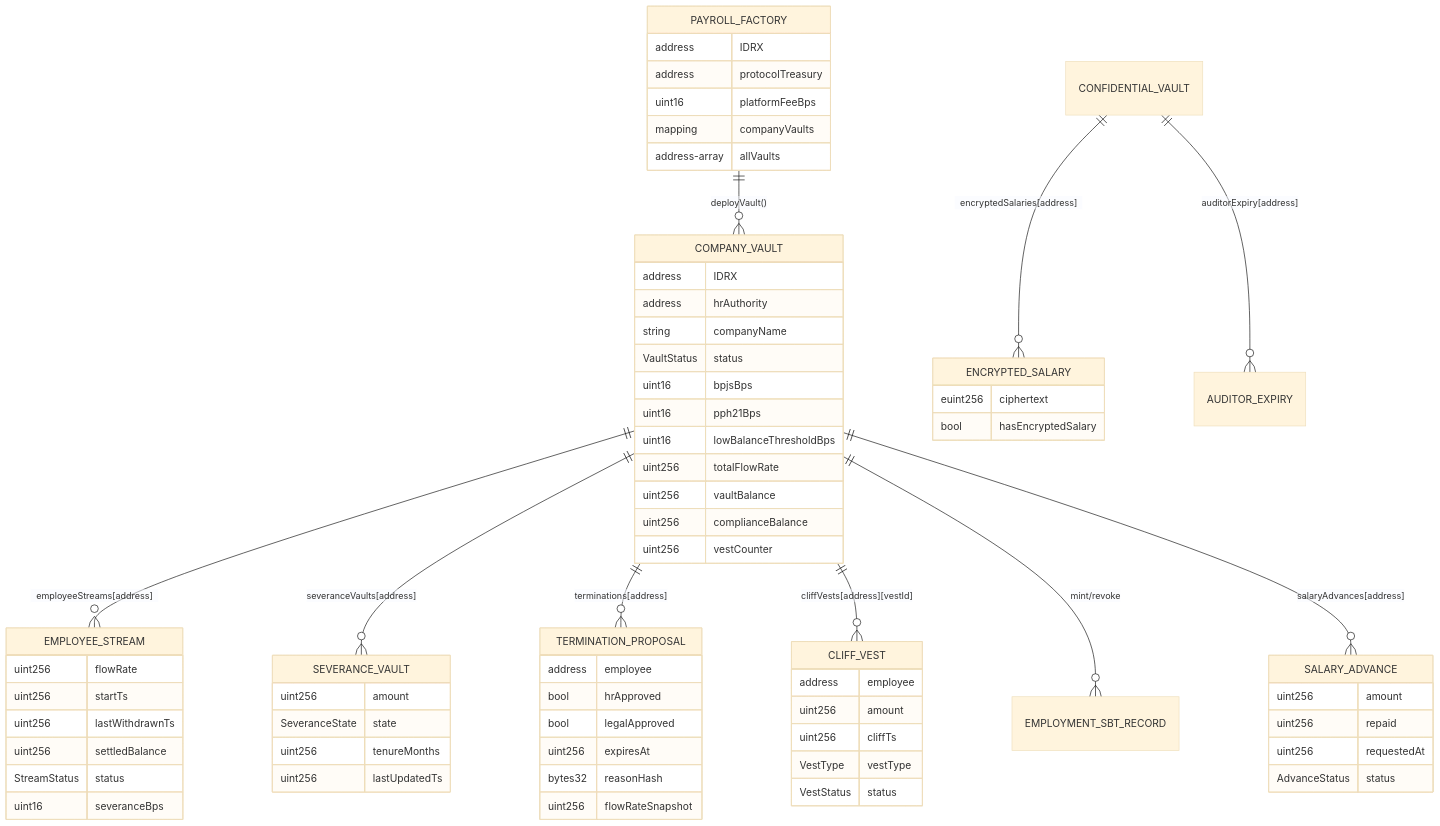
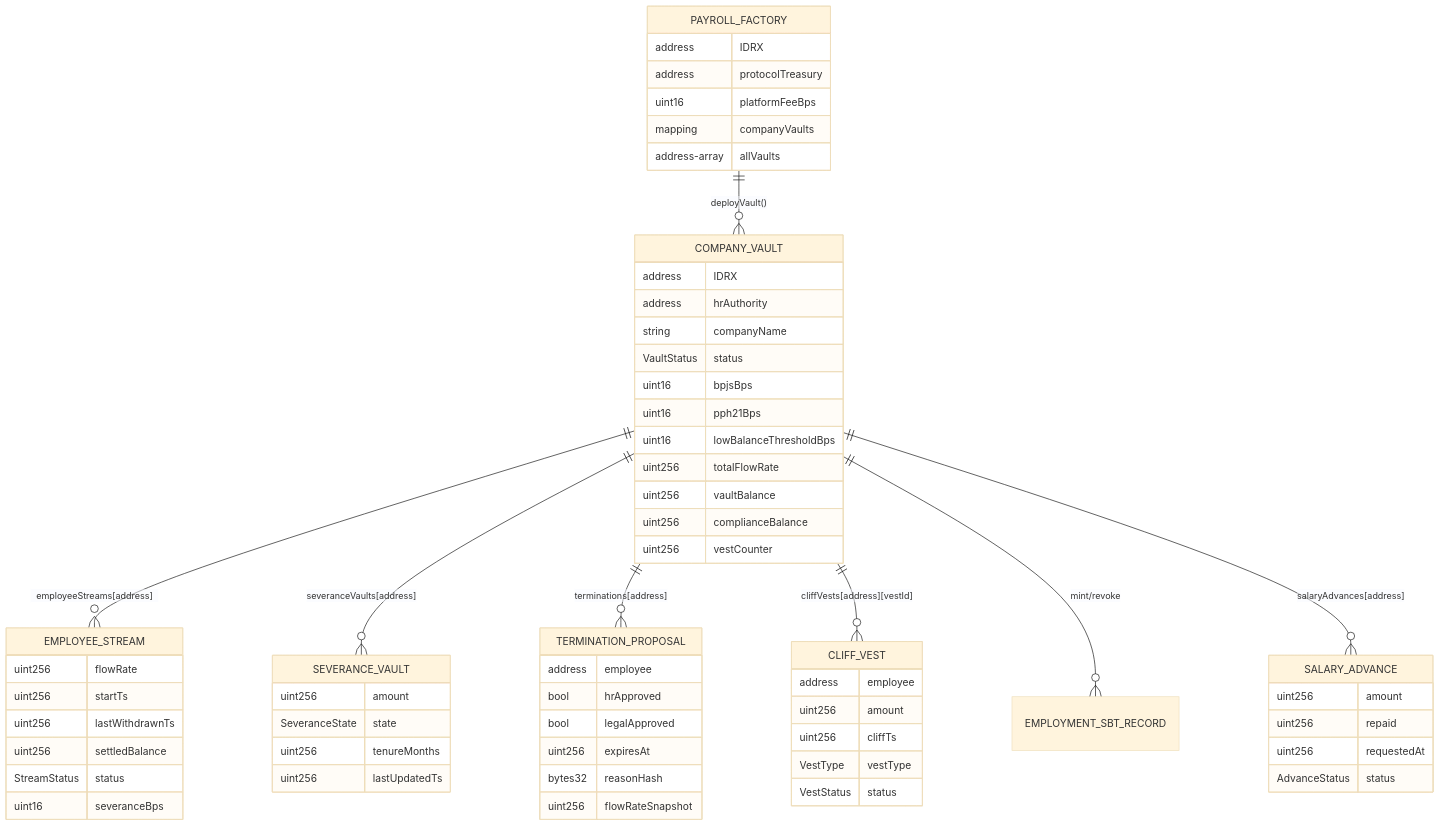
Before and after one commit to skripsi-payroll-dapp/docs: the ninth of 46 diagrams in docs/DPPL.md, drawn with Mermaid (base theme). The commit also changed other lines of this file and 54 other files, not shown here.

````diff
--- a/docs/DPPL.md
+++ b/docs/DPPL.md
@@ -1092,72 +992,66 @@
 ```mermaid
 erDiagram
     PAYROLL_FACTORY ||--o{ COMPANY_VAULT : "deployVault()"
     COMPANY_VAULT ||--o{ EMPLOYEE_STREAM : "employeeStreams[address]"
     COMPANY_VAULT ||--o{ SEVERANCE_VAULT : "severanceVaults[address]"
     COMPANY_VAULT ||--o{ TERMINATION_PROPOSAL : "terminations[address]"
     COMPANY_VAULT ||--o{ CLIFF_VEST : "cliffVests[address][vestId]"
     COMPANY_VAULT ||--o{ EMPLOYMENT_SBT_RECORD : "mint/revoke"
     COMPANY_VAULT ||--o{ SALARY_ADVANCE : "salaryAdvances[address]"
-    CONFIDENTIAL_VAULT ||--o{ ENCRYPTED_SALARY : "encryptedSalaries[address]"
-    CONFIDENTIAL_VAULT ||--o{ AUDITOR_EXPIRY : "auditorExpiry[address]"
 
     PAYROLL_FACTORY {
         address IDRX
         address protocolTreasury
         uint16 platformFeeBps
         mapping companyVaults
         address-array allVaults
     }
     COMPANY_VAULT {
         address IDRX
         address hrAuthority
         string companyName
         VaultStatus status
         uint16 bpjsBps
         uint16 pph21Bps
         uint16 lowBalanceThresholdBps
         uint256 totalFlowRate
         uint256 vaultBalance
         uint256 complianceBalance
         uint256 vestCounter
     }
     EMPLOYEE_STREAM {
         uint256 flowRate
         uint256 startTs
         uint256 lastWithdrawnTs
         uint256 settledBalance
         StreamStatus status
         uint16 severanceBps
     }
     SEVERANCE_VAULT {
         uint256 amount
         SeveranceState state
         uint256 tenureMonths
         uint256 lastUpdatedTs
     }
     TERMINATION_PROPOSAL {
         address employee
         bool hrApproved
         bool legalApproved
         uint256 expiresAt
         bytes32 reasonHash
         uint256 flowRateSnapshot
     }
     CLIFF_VEST {
         address employee
         uint256 amount
         uint256 cliffTs
         VestType vestType
         VestStatus status
     }
     SALARY_ADVANCE {
         uint256 amount
         uint256 repaid
         uint256 requestedAt
         AdvanceStatus status
     }
-    ENCRYPTED_SALARY {
-        euint256 ciphertext
-        bool hasEncryptedSalary
-    }
 ```
````
